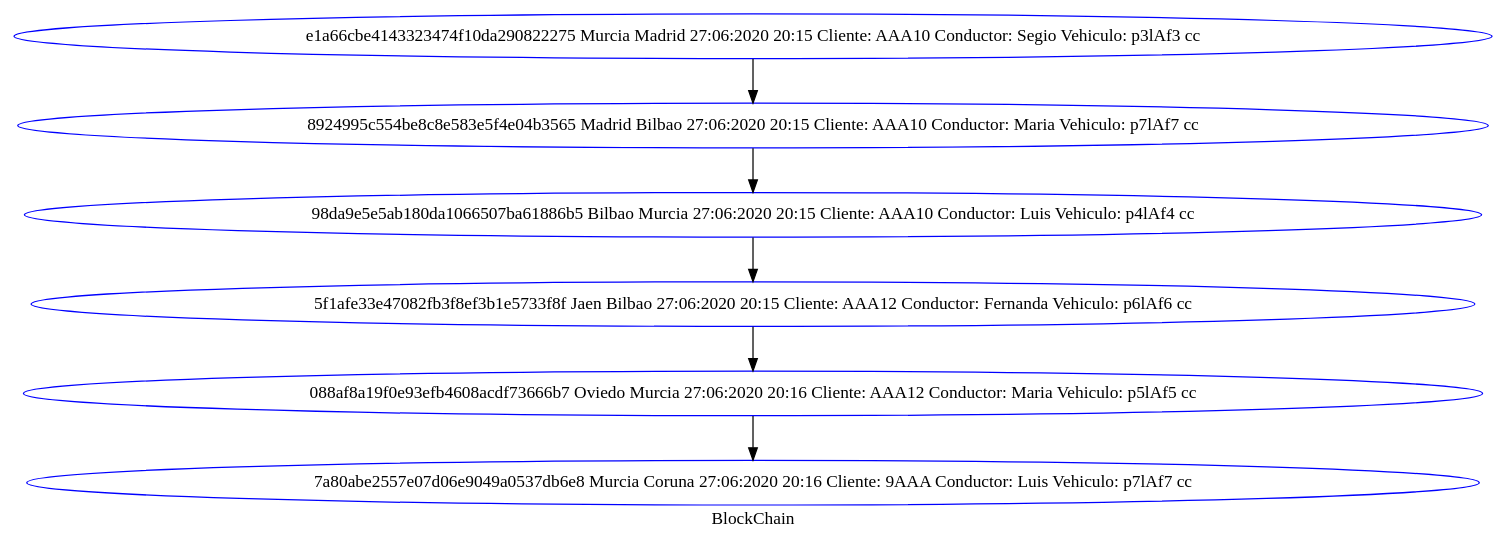
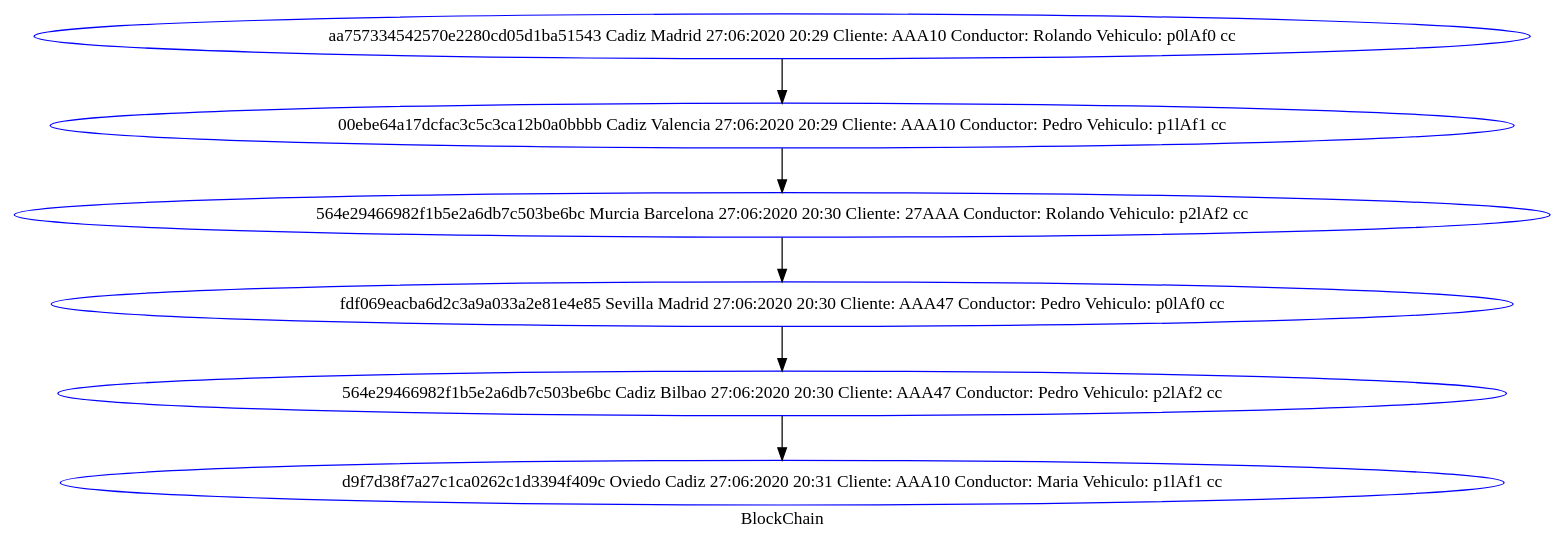
The diagram in blockChain.dot (Rauqoz/EDD_Proyecto_2), drawn with Graphviz before and after one commit. The commit also changed 17 other files, not shown here.

```diff
--- a/blockChain.dot
+++ b/blockChain.dot
@@ -1,2 +1,2 @@
 digraph G { 
-node [style=circle, color = blue];"e1a66cbe4143323474f10da290822275 Murcia Madrid 27:06:2020 20:15 Cliente: AAA10 Conductor: Segio Vehiculo: p3lAf3 cc" ->"8924995c554be8c8e583e5f4e04b3565 Madrid Bilbao 27:06:2020 20:15 Cliente: AAA10 Conductor: Maria Vehiculo: p7lAf7 cc" ->"98da9e5e5ab180da1066507ba61886b5 Bilbao Murcia 27:06:2020 20:15 Cliente: AAA10 Conductor: Luis Vehiculo: p4lAf4 cc" ->"5f1afe33e47082fb3f8ef3b1e5733f8f Jaen Bilbao 27:06:2020 20:15 Cliente: AAA12 Conductor: Fernanda Vehiculo: p6lAf6 cc" ->"088af8a19f0e93efb4608acdf73666b7 Oviedo Murcia 27:06:2020 20:16 Cliente: AAA12 Conductor: Maria Vehiculo: p5lAf5 cc" ->"7a80abe2557e07d06e9049a0537db6e8 Murcia Coruna 27:06:2020 20:16 Cliente: 9AAA Conductor: Luis Vehiculo: p7lAf7 cc"; label = "BlockChain";} 
+node [style=circle, color = blue];"aa757334542570e2280cd05d1ba51543 Cadiz Madrid 27:06:2020 20:29 Cliente: AAA10 Conductor: Rolando Vehiculo: p0lAf0 cc" ->"00ebe64a17dcfac3c5c3ca12b0a0bbbb Cadiz Valencia 27:06:2020 20:29 Cliente: AAA10 Conductor: Pedro Vehiculo: p1lAf1 cc" ->"564e29466982f1b5e2a6db7c503be6bc Murcia Barcelona 27:06:2020 20:30 Cliente: 27AAA Conductor: Rolando Vehiculo: p2lAf2 cc" ->"fdf069eacba6d2c3a9a033a2e81e4e85 Sevilla Madrid 27:06:2020 20:30 Cliente: AAA47 Conductor: Pedro Vehiculo: p0lAf0 cc" ->"564e29466982f1b5e2a6db7c503be6bc Cadiz Bilbao 27:06:2020 20:30 Cliente: AAA47 Conductor: Pedro Vehiculo: p2lAf2 cc" ->"d9f7d38f7a27c1ca0262c1d3394f409c Oviedo Cadiz 27:06:2020 20:31 Cliente: AAA10 Conductor: Maria Vehiculo: p1lAf1 cc"; label = "BlockChain";} 
```
